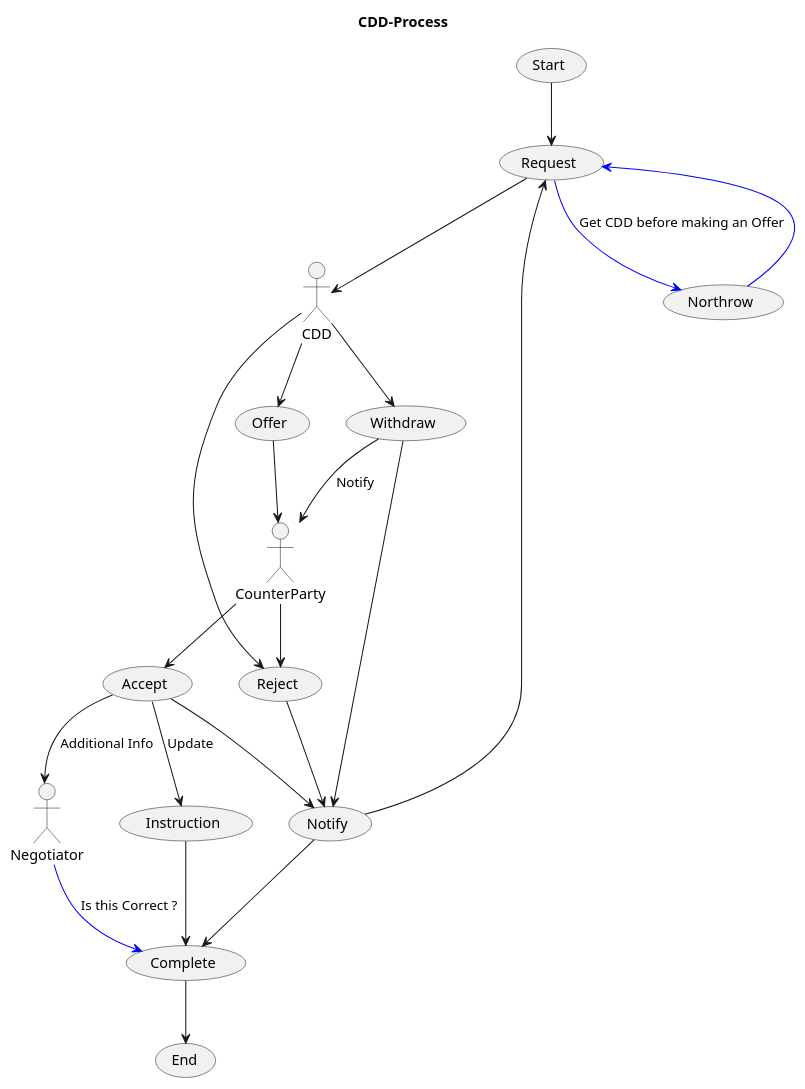
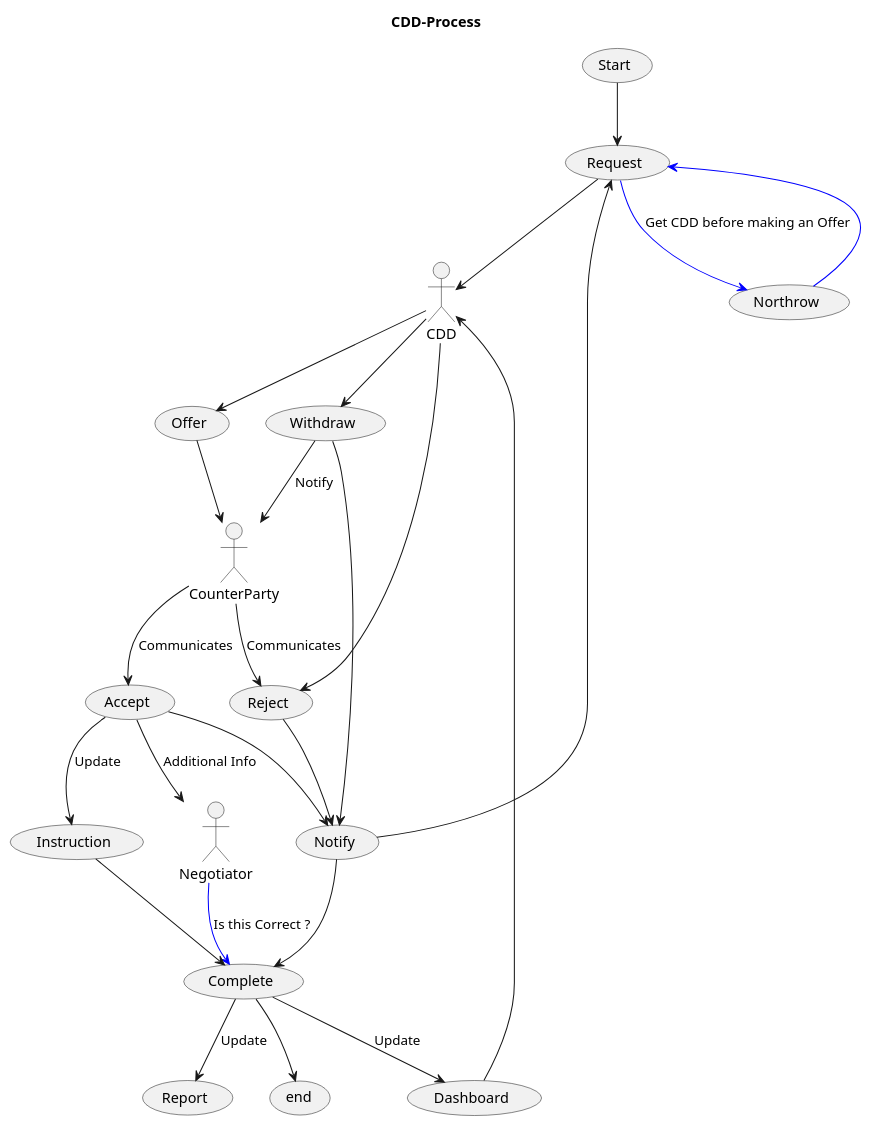
The diagram in assets/CDD-Process.puml (Kf-GaryNewport/Kf-GaryNewport.github.io), drawn with PlantUML before and after one commit.

```diff
--- a/assets/CDD-Process.puml
+++ b/assets/CDD-Process.puml
@@ -1,33 +1,38 @@
 @startuml CDDProcess
 
 title CDD-Process
 
 (Start) --> (Request)
 (Request) --> CDD
 (Request) -[#0000FF]-> (Northrow) : Get CDD before making an Offer
 (Northrow) -[#0000FF]-> (Request)  
   
-CounterParty --> (Accept)
-(Offer) --> CounterParty
-CounterParty --> (Reject)
-
-CDD --> Offer
+CDD --> (Offer)
 CDD --> (Withdraw)
 CDD --> (Reject)
+
+(Offer) --> CounterParty  
+CounterParty --> (Accept) : Communicates
+CounterParty --> (Reject) : Communicates
+
+
 (Withdraw) --> CounterParty : Notify
 
 (Accept) --> (Notify)
 (Accept) --> Negotiator : Additional Info
 (Accept) --> (Instruction) : Update
 Negotiator -[#0000FF]-> (Complete) : Is this Correct ?
 (Instruction) --> (Complete) 
 
 (Reject) --> (Notify)
 (Withdraw) --> (Notify)
 
 (Notify) --> (Request)
 (Notify) --> (Complete)
 
-(Complete) --> (End)
+(Complete) --> (Dashboard) : Update
+(Complete) --> (Report) : Update
+(Dashboard) --> CDD
+(Complete) --> (end)
 
 @enduml
```
